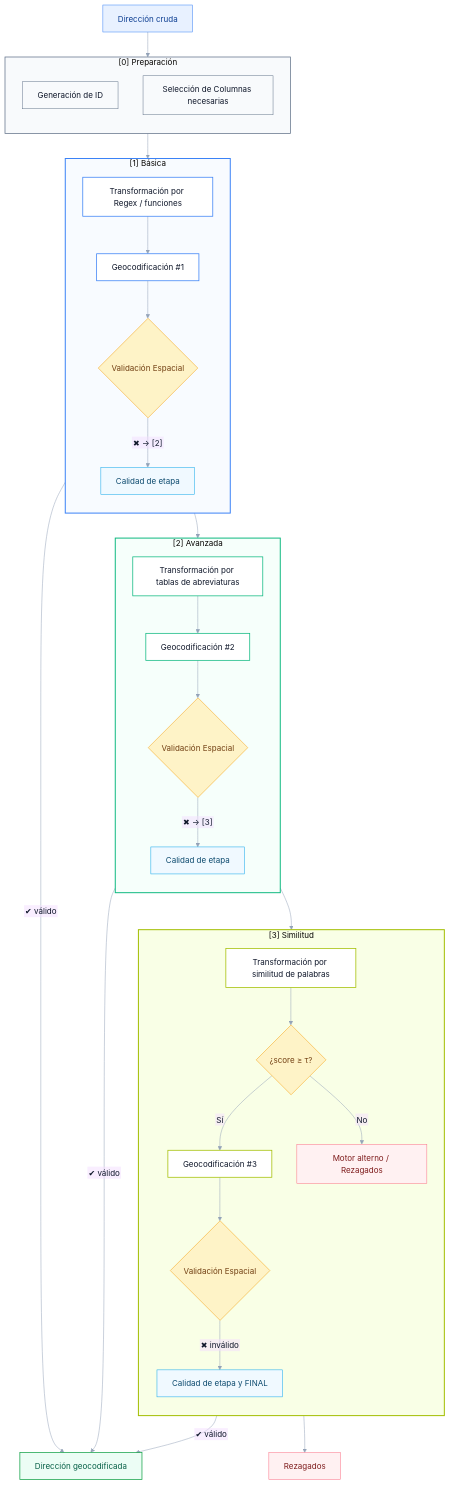
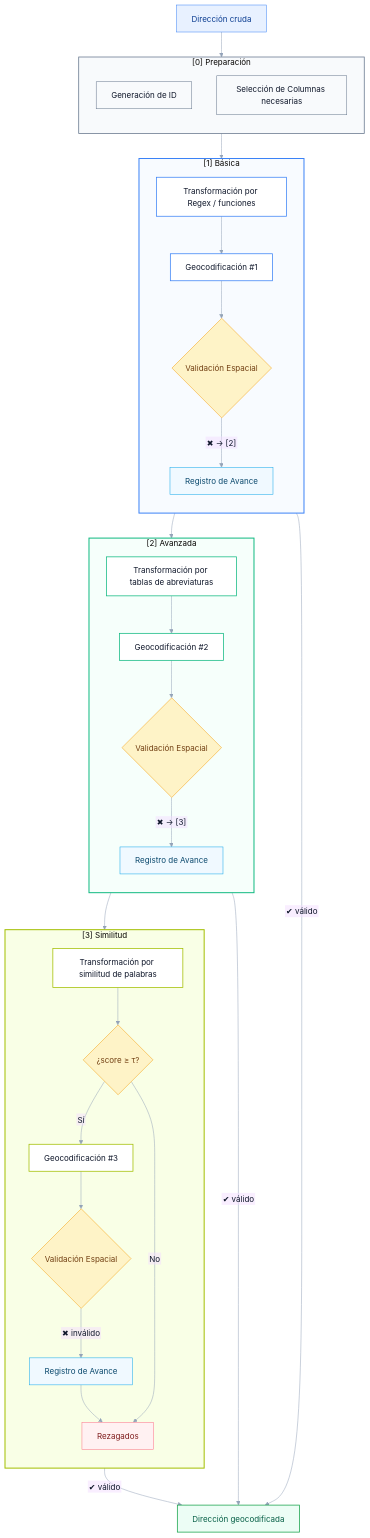
The first of 5 diagrams in geocode.qmd (DenisSebastian/book-curso-geoanalisis-pp-2025), drawn with Mermaid before and after one commit. The commit also changed other lines of this file and 31 other files, not shown here.

```diff
--- a/geocode.qmd
+++ b/geocode.qmd
@@ -170,7 +172,7 @@
     s1a["Transformación por Regex / funciones"]:::s1
     s1b["Geocodificación #1"]:::s1
     s1c{"Validación Espacial"}:::decision
-    s1d["Calidad de etapa"]:::qa
+    s1d["Registro de Avance"]:::qa
   end
 
   %% ====== [2] Avanzada ======
@@ -179,7 +181,7 @@
     s2a["Transformación por tablas de abreviaturas"]:::s2
     s2b["Geocodificación #2"]:::s2
     s2c{"Validación Espacial"}:::decision
-    s2d["Calidad de etapa"]:::qa
+    s2d["Registro de Avance"]:::qa
   end
 
   %% ====== [3] Similitud ======
@@ -188,9 +190,9 @@
     s3a["Transformación por similitud de palabras"]:::s3
     s3t{"¿score ≥ τ?"}:::decision
     s3b["Geocodificación #3"]:::s3
-    s3alt["Motor alterno / Rezagados"]:::backlog
+    REZ["Rezagados"]:::backlog
     s3c{"Validación Espacial"}:::decision
-    s3d["Calidad de etapa y FINAL"]:::qa
+    s3d["Registro de Avance"]:::qa
   end
 
   %% ====== Salidas ======
@@ -212,7 +214,7 @@
   s3c -- "✖ inválido" --> s3d --> REZ
   s3a --> s3t
   s3t -- "Sí" --> s3b --> s3c
-  s3t -- "No" --> s3alt
+  s3t -- "No" --> REZ
 
   %% ====== Estilos de subgrupos ======
   style S0 stroke:#64748B,stroke-width:1.5px,fill:#F8FAFC
```
